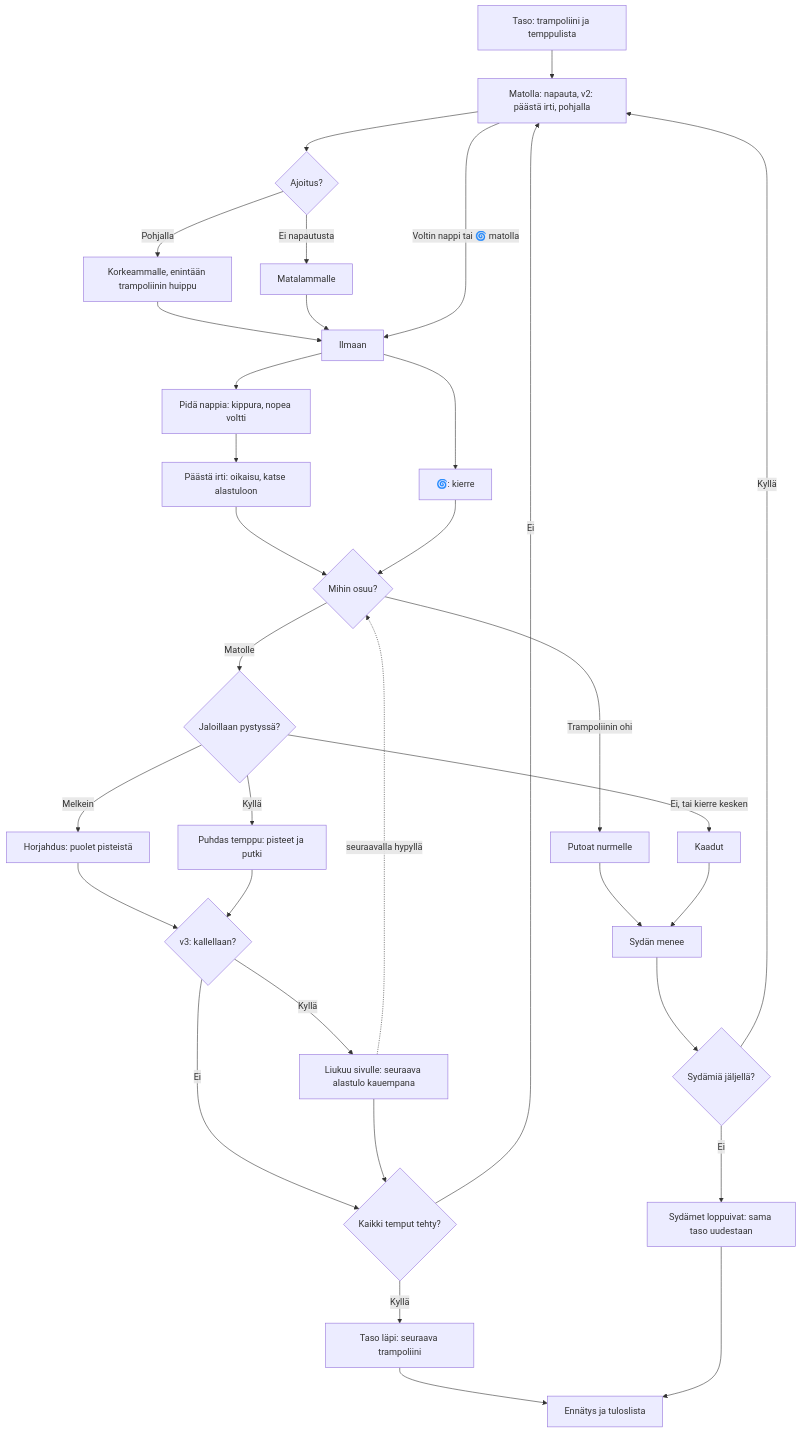
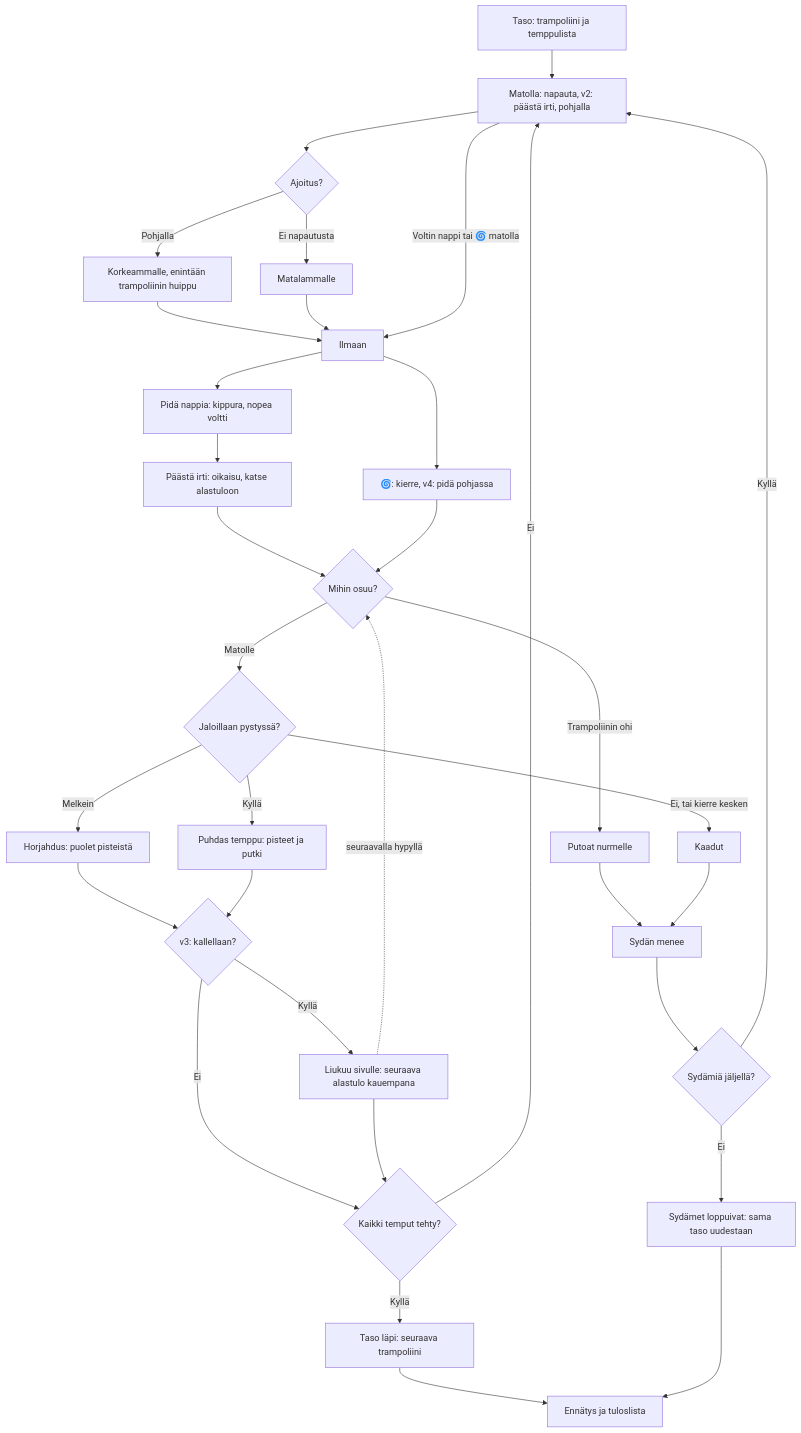
One commit to eerovil/ai-pelit changed the diagram in docs/diagrams/trampoliini.md. Above: the diagram before and after it, drawn with Mermaid. The commit also changed other lines of this file and 3 other files, not shown here.

````diff
--- a/docs/diagrams/trampoliini.md
+++ b/docs/diagrams/trampoliini.md
@@ -9,41 +9,41 @@
 ```mermaid
 flowchart TD
   A[Taso: trampoliini ja temppulista] --> B[Matolla: napauta, v2: päästä irti, pohjalla]
   B --> C{Ajoitus?}
   C -- Pohjalla --> D[Korkeammalle, enintään trampoliinin huippu]
   C -- Ei napautusta --> E[Matalammalle]
   D --> F[Ilmaan]
   E --> F
   B -- Voltin nappi tai 🌀 matolla --> F
   F --> G[Pidä nappia: kippura, nopea voltti]
   G --> H[Päästä irti: oikaisu, katse alastuloon]
-  F --> I[🌀: kierre]
+  F --> I[🌀: kierre, v4: pidä pohjassa]
   H --> J{Mihin osuu?}
   I --> J
   J -- Trampoliinin ohi --> K[Putoat nurmelle]
   J -- Matolle --> L{Jaloillaan pystyssä?}
   L -- Melkein --> M[Horjahdus: puolet pisteistä]
   L -- Kyllä --> N[Puhdas temppu: pisteet ja putki]
   L -- Ei, tai kierre kesken --> O[Kaadut]
   K --> P[Sydän menee]
   O --> P
   P --> Q{Sydämiä jäljellä?}
   Q -- Kyllä --> B
   Q -- Ei --> R[Sydämet loppuivat: sama taso uudestaan]
   M --> V{v3: kallellaan?}
   N --> V
   V -- Kyllä --> W[Liukuu sivulle: seuraava alastulo kauempana]
   W -. seuraavalla hypyllä .-> J
   V -- Ei --> S{Kaikki temput tehty?}
   W --> S
   S -- Ei --> B
   S -- Kyllä --> T[Taso läpi: seuraava trampoliini]
   T --> U[Ennätys ja tuloslista]
   R --> U
   class B,G,H,I blue
   class C,J,L,Q,S,V amber
   class D,E,F,W teal
   class A violet
   class M,N,T,U green
   class K,O,P,R rose
 ```
````
